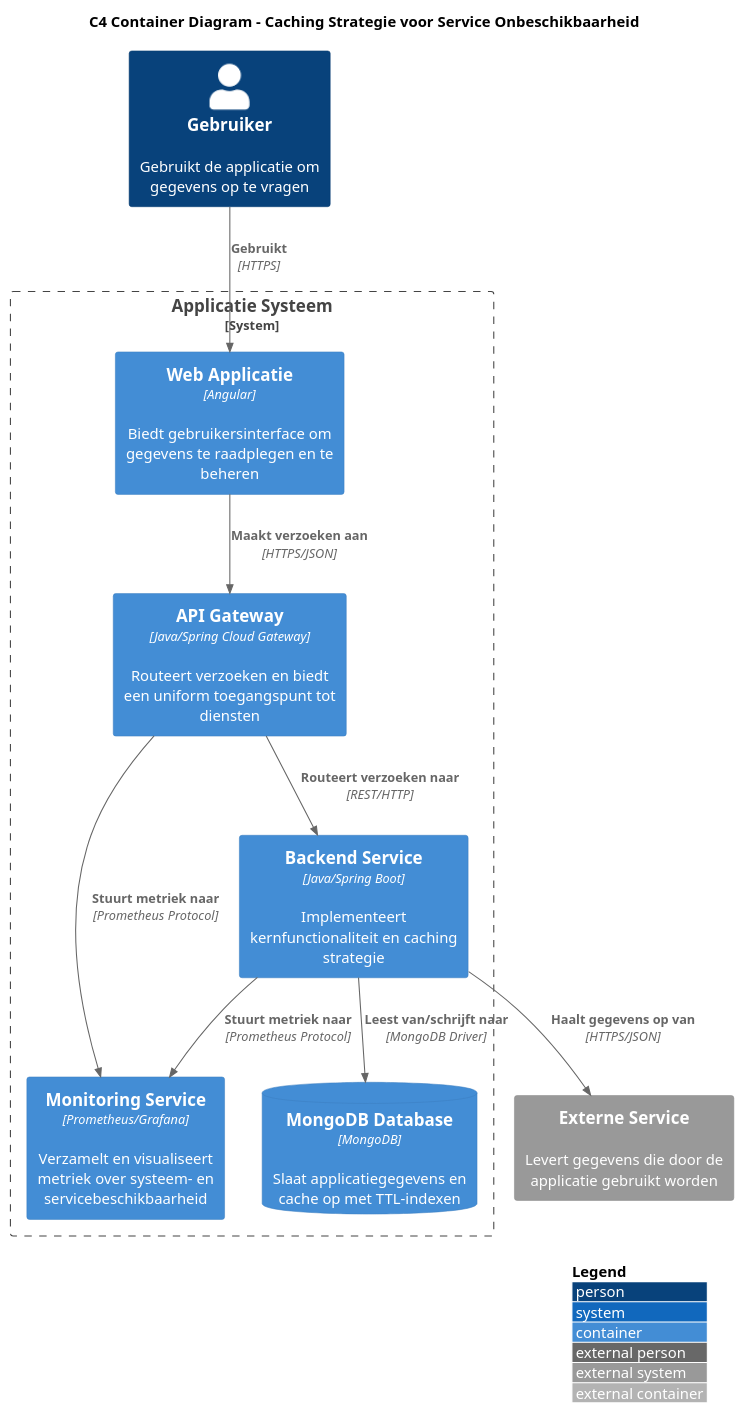
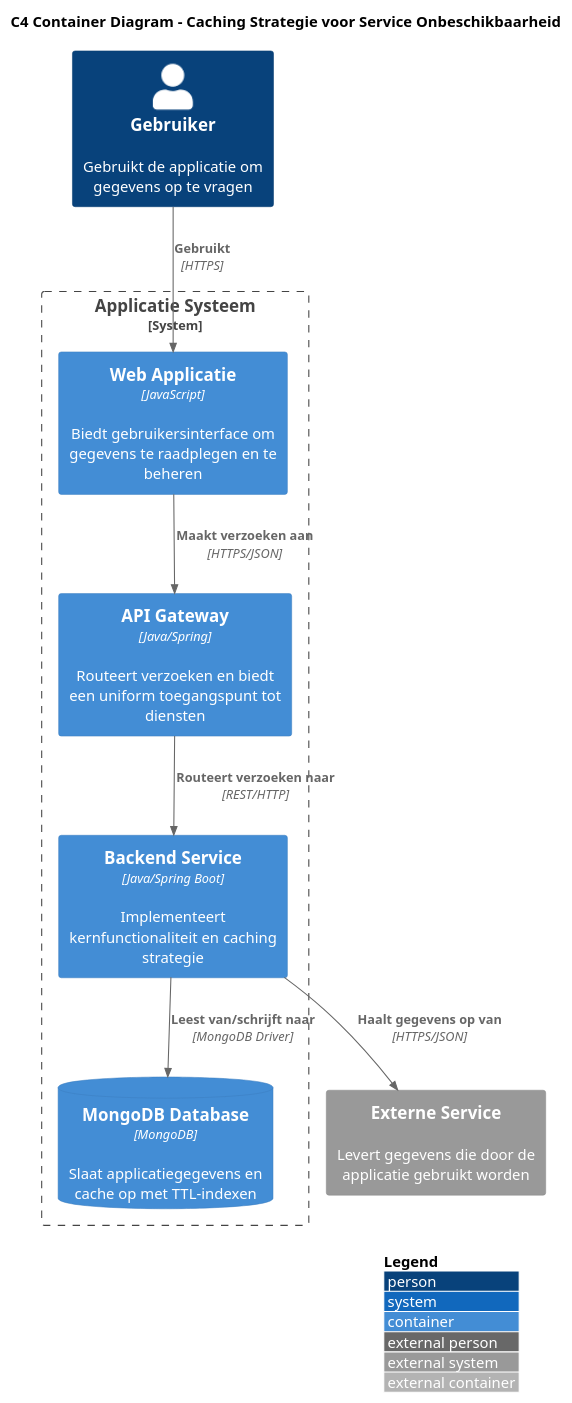
One commit to AIM-ENE-feb25/triptop-groep-5 changed the diagram in software-guidebook/cachingContainerDiagram.puml. Above: the diagram before and after it, drawn with PlantUML. The commit also changed 8 other files, not shown here.

Commit message:
small changes to diagrams

```diff
--- a/software-guidebook/cachingContainerDiagram.puml
+++ b/software-guidebook/cachingContainerDiagram.puml
@@ -1,33 +1,30 @@
 @startuml "C4 Container Diagram - Service Onbeschikbaarheid"
 
 !include https://raw.githubusercontent.com/plantuml-stdlib/C4-PlantUML/master/C4_Container.puml
 
 LAYOUT_WITH_LEGEND()
 
 title "C4 Container Diagram - Caching Strategie voor Service Onbeschikbaarheid"
 
 Person(gebruiker, "Gebruiker", "Gebruikt de applicatie om gegevens op te vragen")
 
 System_Boundary(applicatieSysteem, "Applicatie Systeem") {
-    Container(webApp, "Web Applicatie", "Angular", "Biedt gebruikersinterface om gegevens te raadplegen en te beheren")
+    Container(webApp, "Web Applicatie", "JavaScript", "Biedt gebruikersinterface om gegevens te raadplegen en te beheren")
 
-    Container(apiGateway, "API Gateway", "Java/Spring Cloud Gateway", "Routeert verzoeken en biedt een uniform toegangspunt tot diensten")
+    Container(apiGateway, "API Gateway", "Java/Spring", "Routeert verzoeken en biedt een uniform toegangspunt tot diensten")
 
     Container(backendService, "Backend Service", "Java/Spring Boot", "Implementeert kernfunctionaliteit en caching strategie")
 
     ContainerDb(mongoDb, "MongoDB Database", "MongoDB", "Slaat applicatiegegevens en cache op met TTL-indexen")
 
-    Container(monitoringService, "Monitoring Service", "Prometheus/Grafana", "Verzamelt en visualiseert metriek over systeem- en servicebeschikbaarheid")
 }
 
 System_Ext(externalService, "Externe Service", "Levert gegevens die door de applicatie gebruikt worden")
 
 Rel(gebruiker, webApp, "Gebruikt", "HTTPS")
 Rel(webApp, apiGateway, "Maakt verzoeken aan", "HTTPS/JSON")
 Rel(apiGateway, backendService, "Routeert verzoeken naar", "REST/HTTP")
 Rel(backendService, mongoDb, "Leest van/schrijft naar", "MongoDB Driver")
 Rel(backendService, externalService, "Haalt gegevens op van", "HTTPS/JSON")
-Rel(backendService, monitoringService, "Stuurt metriek naar", "Prometheus Protocol")
-Rel(apiGateway, monitoringService, "Stuurt metriek naar", "Prometheus Protocol")
 
 @enduml
```
